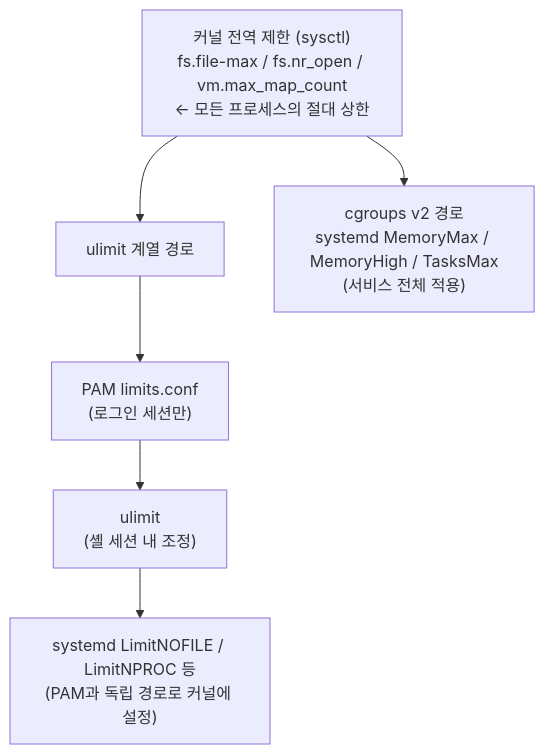
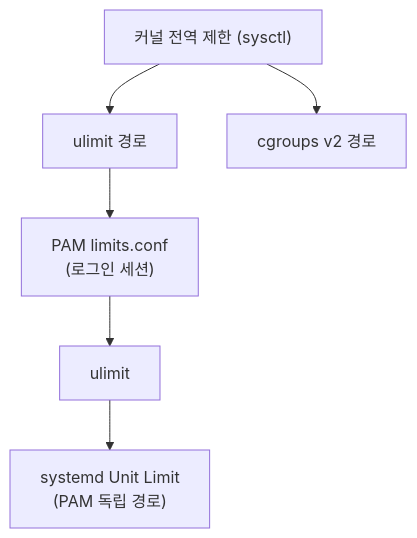
One commit to moonblueblue/devops-wiki changed the diagram in content/linux/process-isolation/resource-limits.md. Above: the diagram before and after it, drawn with Mermaid. The commit also changed 3 other files, not shown here.

First line of the commit message:
style: Mermaid 노드 10개 이하·레이블 간소화 규칙 적용

````diff
--- a/content/linux/process-isolation/resource-limits.md
+++ b/content/linux/process-isolation/resource-limits.md
@@ -28,11 +28,9 @@
 ```mermaid
 graph TD
-    A["커널 전역 제한 (sysctl)<br/>fs.file-max / fs.nr_open / vm.max_map_count<br/>← 모든 프로세스의 절대 상한"]
-
-    A --> B["ulimit 계열 경로"]
-    A --> C["cgroups v2 경로<br/>systemd MemoryMax / MemoryHigh / TasksMax<br/>(서비스 전체 적용)"]
-
-    B --> D["PAM limits.conf<br/>(로그인 세션만)"]
-    D --> E["ulimit<br/>(셸 세션 내 조정)"]
-    E --> F["systemd LimitNOFILE / LimitNPROC 등<br/>(PAM과 독립 경로로 커널에 설정)"]
+    A["커널 전역 제한 (sysctl)"]
+    A --> B[ulimit 경로]
+    A --> C[cgroups v2 경로]
+    B --> D["PAM limits.conf\n(로그인 세션)"]
+    D --> E[ulimit]
+    E --> F["systemd Unit Limit\n(PAM 독립 경로)"]
 ```
````
